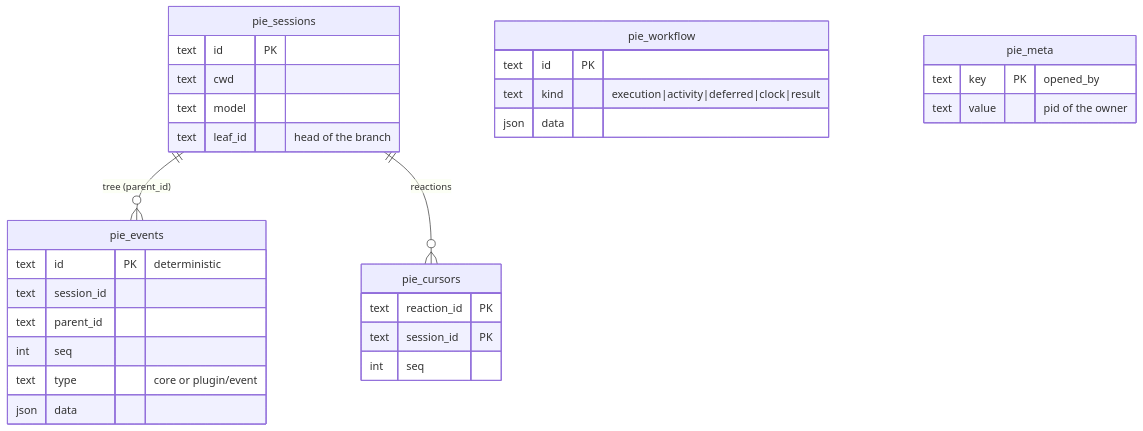
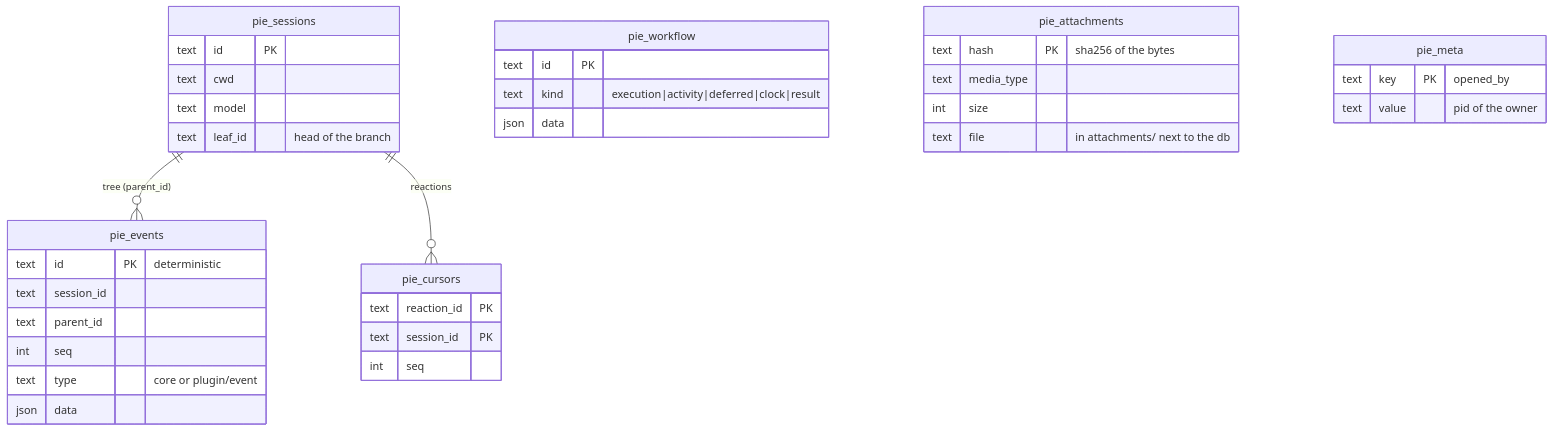
One commit to JavierDeDiegoGuzman/pie changed the diagram in packages/sdk/docs/diagrams/persistence.mmd. Above: the diagram before and after it, drawn with Mermaid. The commit also changed 25 other files, not shown here.

```diff
--- a/packages/sdk/docs/diagrams/persistence.mmd
+++ b/packages/sdk/docs/diagrams/persistence.mmd
@@ -1,31 +1,37 @@
 erDiagram
   pie_sessions ||--o{ pie_events : "tree (parent_id)"
   pie_sessions ||--o{ pie_cursors : "reactions"
   pie_events {
     text id PK "deterministic"
     text session_id
     text parent_id
     int seq
     text type "core or plugin/event"
     json data
   }
   pie_sessions {
     text id PK
     text cwd
     text model
     text leaf_id "head of the branch"
   }
   pie_cursors {
     text reaction_id PK
     text session_id PK
     int seq
   }
   pie_workflow {
     text id PK
     text kind "execution|activity|deferred|clock|result"
     json data
   }
+  pie_attachments {
+    text hash PK "sha256 of the bytes"
+    text media_type
+    int size
+    text file "in attachments/ next to the db"
+  }
   pie_meta {
     text key PK "opened_by"
     text value "pid of the owner"
   }
```
